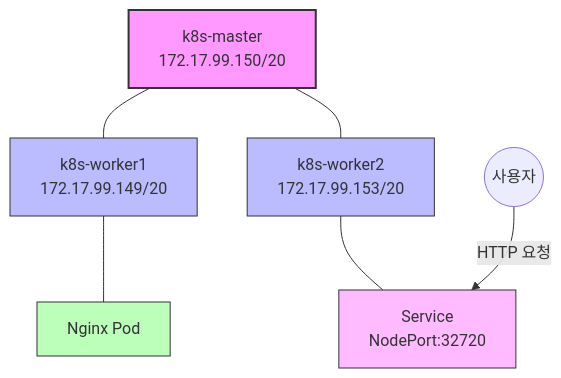
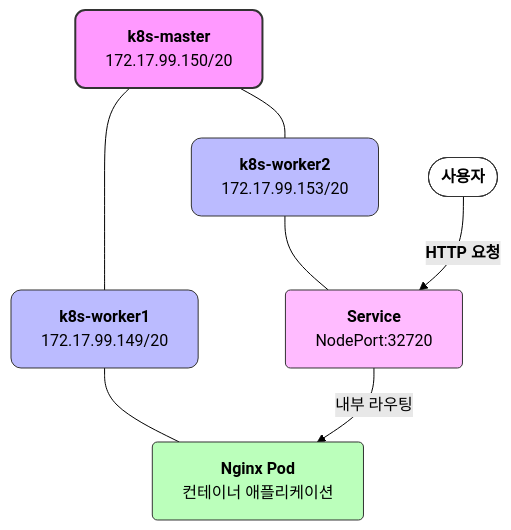
One commit to jinseok19/jinseok19.github.io changed the diagram in _posts/2024-04-29-kubernetes-cluster-nginx-deployment.md. Above: the diagram before and after it, drawn with Mermaid. The commit also changed other lines of this file, not shown here.

Commit message:
fix: 쿠버네티스 클러스터 다이어그램 개선 및 Nginx 이미지 링크 수정

````diff
--- a/_posts/2024-04-29-kubernetes-cluster-nginx-deployment.md
+++ b/_posts/2024-04-29-kubernetes-cluster-nginx-deployment.md
@@ -299,20 +299,24 @@
 ```mermaid
+%%{init: {'theme': 'forest', 'themeVariables': { 'fontSize': '16px', 'fontFamily': 'Arial' }}}%%
 graph TD
-    Master[k8s-master<br/>172.17.99.150/20] --- Worker1[k8s-worker1<br/>172.17.99.149/20]
-    Master --- Worker2[k8s-worker2<br/>172.17.99.153/20]
+    Master["<b>k8s-master</b><br/>172.17.99.150/20"] --- Worker1["<b>k8s-worker1</b><br/>172.17.99.149/20"]
+    Master --- Worker2["<b>k8s-worker2</b><br/>172.17.99.153/20"]
     
-    Worker1 --- Nginx[Nginx Pod]
-    Worker2 --- Service[Service<br/>NodePort:32720]
+    Worker1 --- Nginx["<b>Nginx Pod</b><br/>컨테이너 애플리케이션"]
+    Worker2 --- Service["<b>Service</b><br/>NodePort:32720"]
     
-    User((사용자)) -- "HTTP 요청" --> Service
+    User(["<b>사용자</b>"]) -- "<b>HTTP 요청</b>" --> Service
+    Service -- "내부 라우팅" --> Nginx
     
-    classDef master fill:#f9f,stroke:#333,stroke-width:2px
-    classDef worker fill:#bbf,stroke:#333,stroke-width:1px
-    classDef pod fill:#bfb,stroke:#333,stroke-width:1px
-    classDef service fill:#fbf,stroke:#333,stroke-width:1px
+    classDef master fill:#f9f,stroke:#333,stroke-width:2px,color:black,rx:10
+    classDef worker fill:#bbf,stroke:#333,stroke-width:1px,color:black,rx:10
+    classDef pod fill:#bfb,stroke:#333,stroke-width:1px,color:black,rx:5
+    classDef service fill:#fbf,stroke:#333,stroke-width:1px,color:black,rx:5
+    classDef user fill:#fff,stroke:#333,stroke-width:1px,color:black
     
     class Master master
     class Worker1,Worker2 worker
     class Nginx pod
     class Service service
+    class User user
 ```
````
